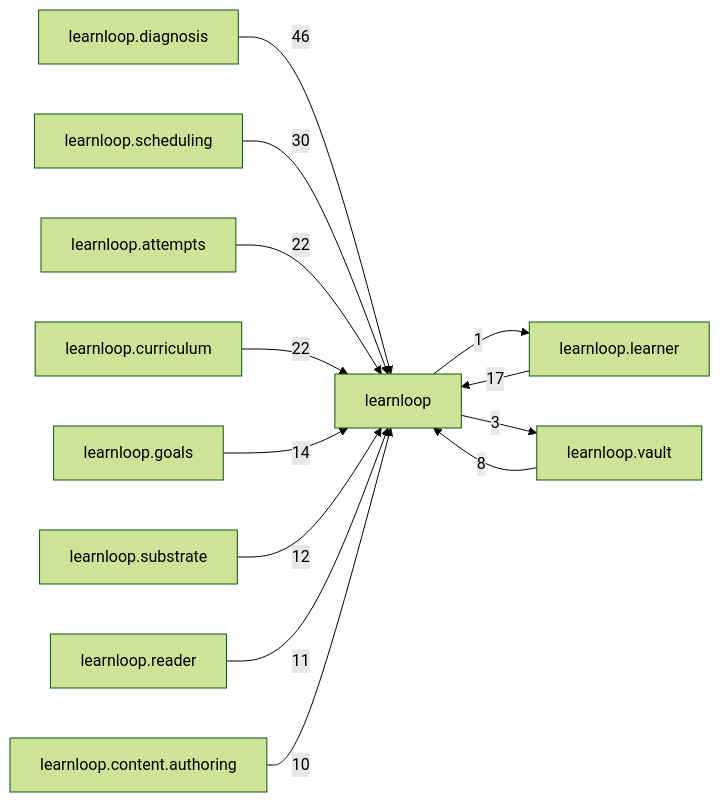
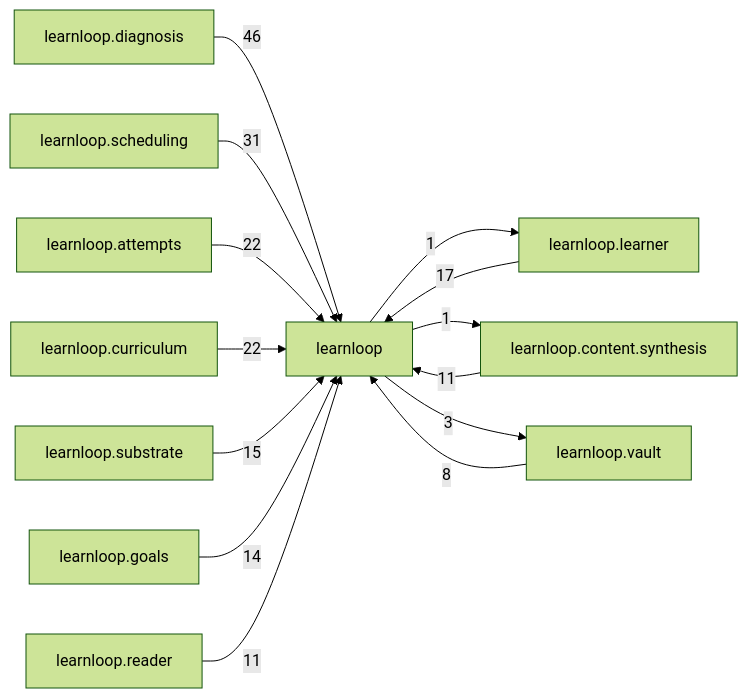
Before and after one commit to 6up-b/learnanything: the diagram in docs/learnloop-architecture-vault/Reference/Modules/learnloop/_package.md, drawn with Mermaid (forest theme). The commit also changed other lines of this file and 633 other files, not shown here.

````diff
--- a/docs/learnloop-architecture-vault/Reference/Modules/learnloop/_package.md
+++ b/docs/learnloop-architecture-vault/Reference/Modules/learnloop/_package.md
@@ -140,26 +142,27 @@
 ```mermaid
 flowchart LR
     center["learnloop"]
     n_learnloop_diagnosis["learnloop.diagnosis"]
     n_learnloop_scheduling["learnloop.scheduling"]
     n_learnloop_attempts["learnloop.attempts"]
     n_learnloop_curriculum["learnloop.curriculum"]
     n_learnloop_learner["learnloop.learner"]
+    n_learnloop_substrate["learnloop.substrate"]
     n_learnloop_goals["learnloop.goals"]
-    n_learnloop_substrate["learnloop.substrate"]
+    n_learnloop_content_synthesis["learnloop.content.synthesis"]
     n_learnloop_reader["learnloop.reader"]
     n_learnloop_vault["learnloop.vault"]
-    n_learnloop_content_authoring["learnloop.content.authoring"]
     n_learnloop_diagnosis -->|46| center
-    n_learnloop_scheduling -->|30| center
+    n_learnloop_scheduling -->|31| center
     n_learnloop_attempts -->|22| center
     n_learnloop_curriculum -->|22| center
     n_learnloop_learner -->|17| center
     center -->|1| n_learnloop_learner
+    n_learnloop_substrate -->|15| center
     n_learnloop_goals -->|14| center
-    n_learnloop_substrate -->|12| center
+    n_learnloop_content_synthesis -->|11| center
+    center -->|1| n_learnloop_content_synthesis
     n_learnloop_reader -->|11| center
     n_learnloop_vault -->|8| center
     center -->|3| n_learnloop_vault
-    n_learnloop_content_authoring -->|10| center
 ```
````
